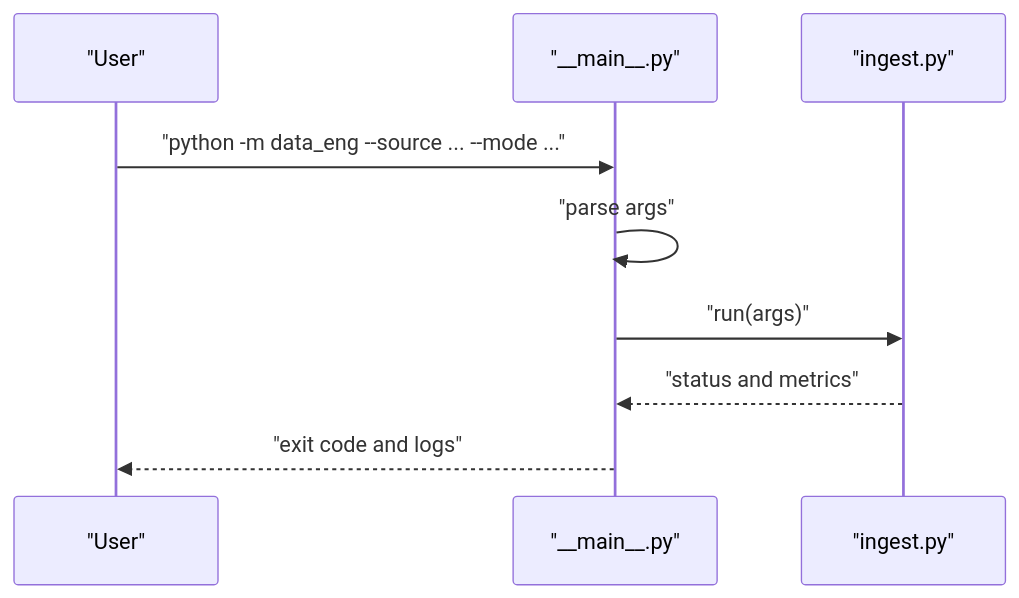
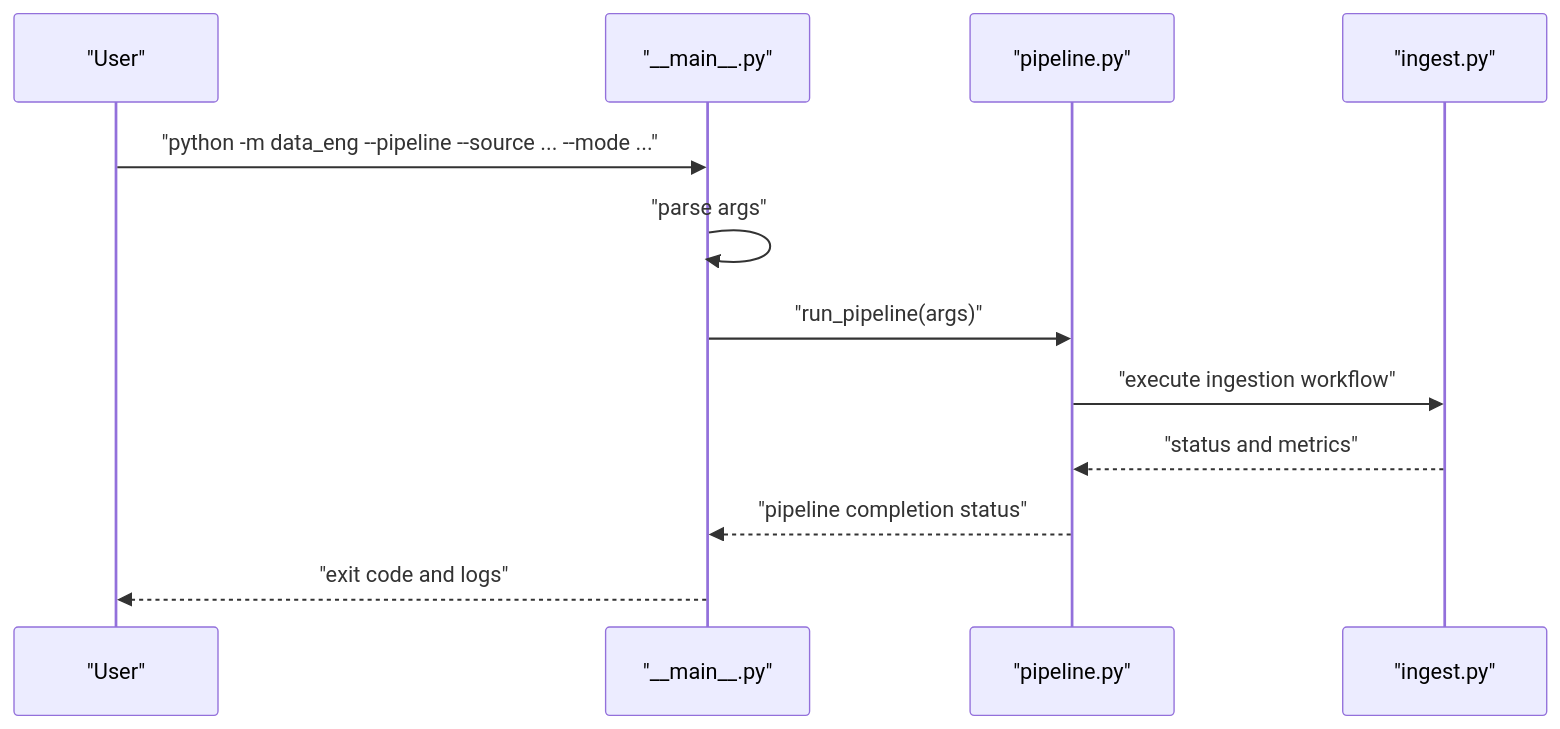
One commit to ZengSeng/telegram-bot changed the sixth of 7 diagrams in .qoder/repowiki/en/content/Core Components/Data Engineering Module.md. Above: the diagram before and after it, drawn with Mermaid. The commit also changed other lines of this file and 10 other files, not shown here.

````diff
--- a/.qoder/repowiki/en/content/Core Components/Data Engineering Module.md
+++ b/.qoder/repowiki/en/content/Core Components/Data Engineering Module.md
@@ -204,11 +263,14 @@
 ```mermaid
 sequenceDiagram
 participant User as "User"
 participant Main as "__main__.py"
+participant Pipeline as "pipeline.py"
 participant Ingest as "ingest.py"
-User->>Main : "python -m data_eng --source ... --mode ..."
+User->>Main : "python -m data_eng --pipeline --source ... --mode ..."
 Main->>Main : "parse args"
-Main->>Ingest : "run(args)"
-Ingest-->>Main : "status and metrics"
+Main->>Pipeline : "run_pipeline(args)"
+Pipeline->>Ingest : "execute ingestion workflow"
+Ingest-->>Pipeline : "status and metrics"
+Pipeline-->>Main : "pipeline completion status"
 Main-->>User : "exit code and logs"
 ```
````
